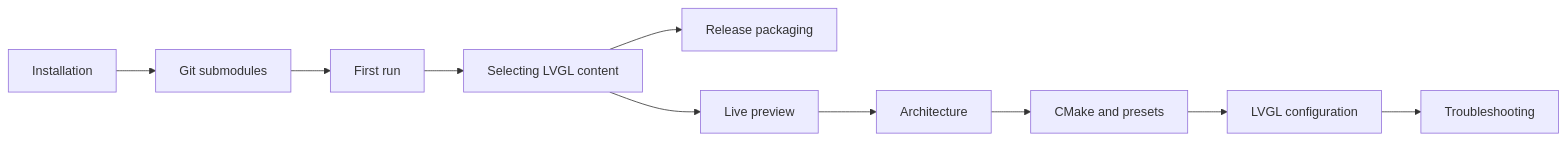
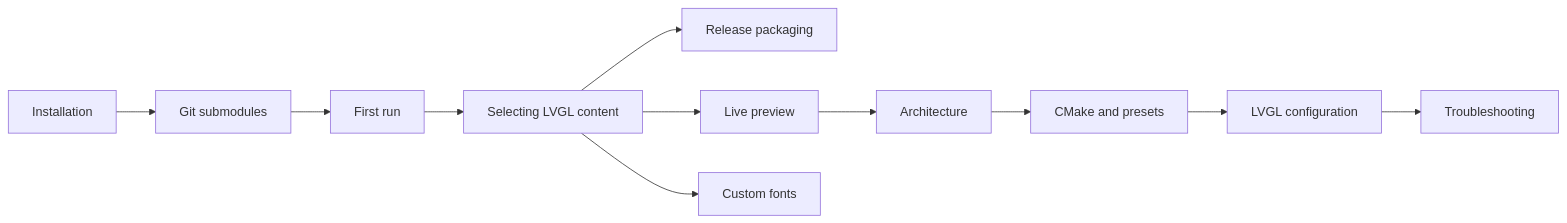
Before and after one commit to YuriAlvesBordin/LVGL-Desktop-Simulator: the diagram in docs/README.md, drawn with Mermaid. The commit also changed other lines of this file, not shown here.

Commit message:
docs: add custom fonts section to docs README flowchart and table

````diff
--- a/docs/README.md
+++ b/docs/README.md
@@ -7,12 +7,13 @@
 ```mermaid
 flowchart LR
     I[Installation] --> D[Git submodules]
     D --> F[First run]
     F --> S[Selecting LVGL content]
     S --> R[Release packaging]
     S --> L[Live preview]
+    S --> CF[Custom fonts]
     L --> A[Architecture]
     A --> C[CMake and presets]
     C --> V[LVGL configuration]
     V --> T[Troubleshooting]
 ```
````
